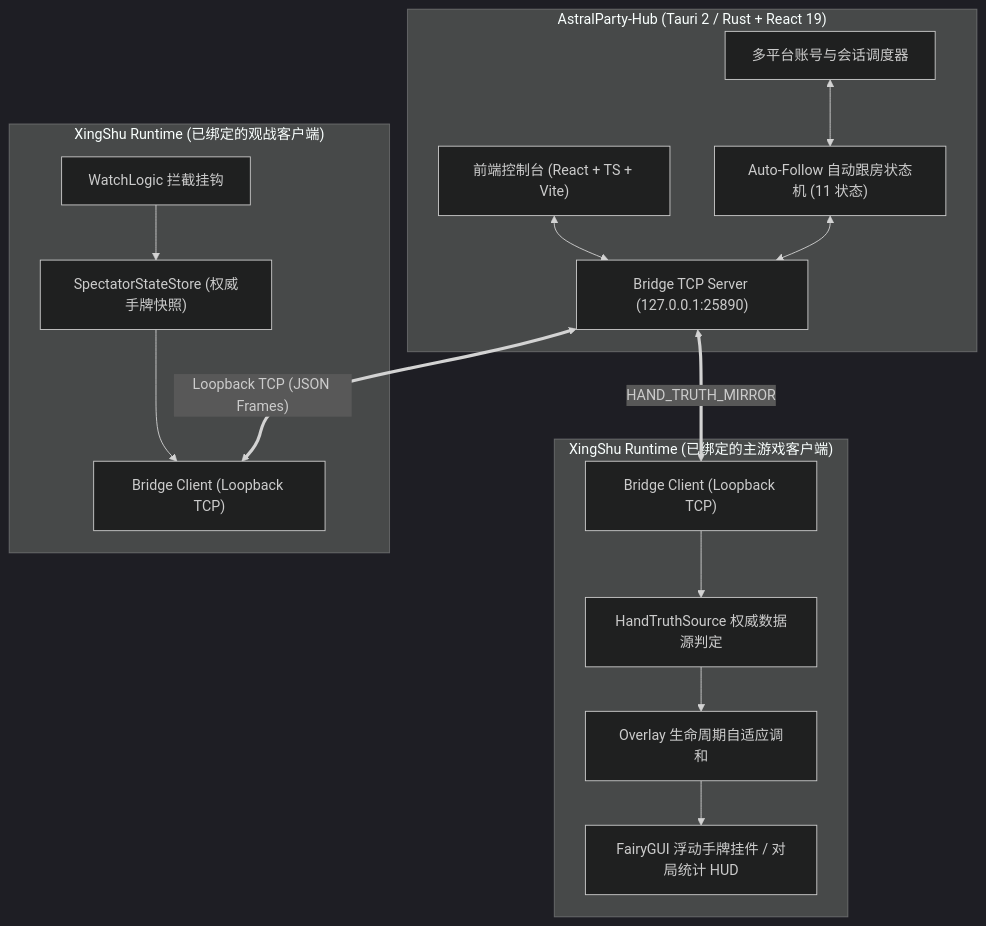
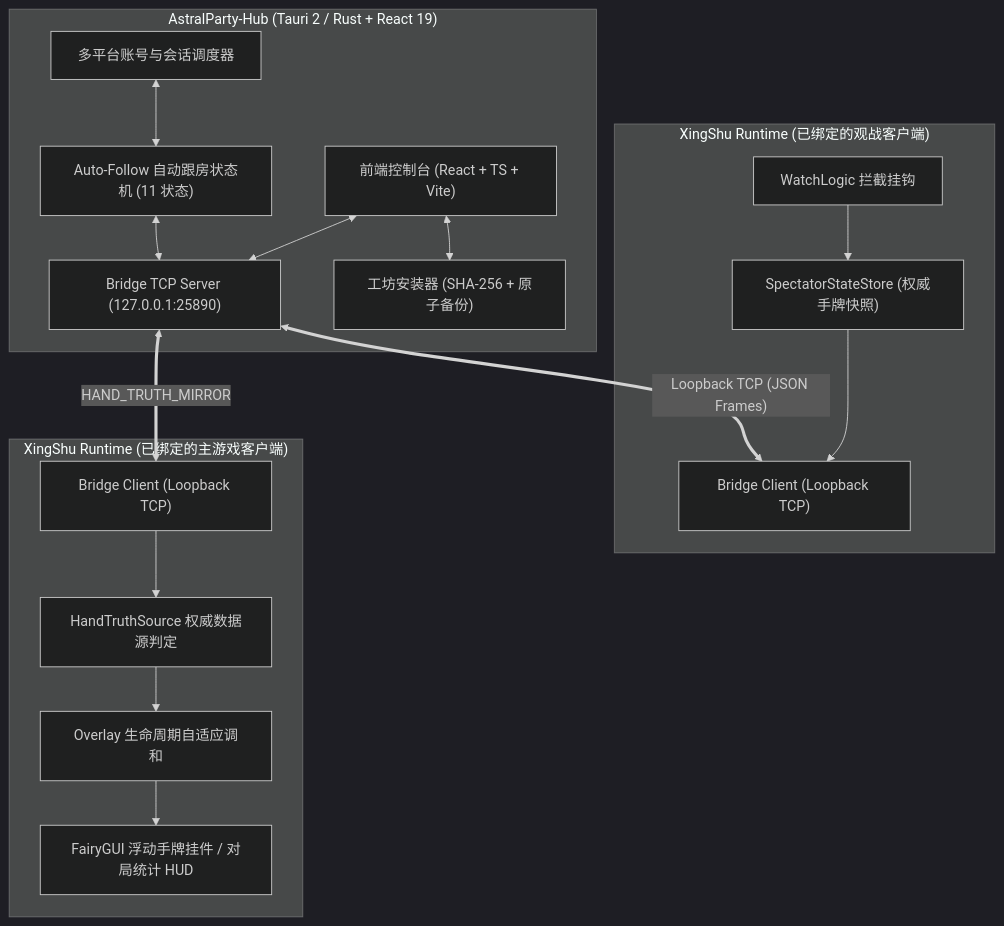
The diagram in README_CN.md (Breezecaresses/Xingshu-hub), drawn with Mermaid (dark theme) before and after one commit. The commit also changed other lines of this file and 111 other files, not shown here.

````diff
--- a/README_CN.md
+++ b/README_CN.md
@@ -70,33 +70,35 @@
 ```mermaid
 flowchart TD
     subgraph Hub["AstralParty-Hub (Tauri 2 / Rust + React 19)"]
         UI["前端控制台 (React + TS + Vite)"]
         FSM["Auto-Follow 自动跟房状态机 (11 状态)"]
         TCPServer["Bridge TCP Server (127.0.0.1:25890)"]
         AccountMgr["多平台账号与会话调度器"]
+        Workshop["工坊安装器 (SHA-256 + 原子备份)"]
         UI <--> TCPServer
+        UI <--> Workshop
         FSM <--> TCPServer
         AccountMgr <--> FSM
     end
 
     subgraph RuntimeSpectator["XingShu Runtime (已绑定的观战客户端)"]
         SpecHook["WatchLogic 拦截挂钩"]
         SpecStore["SpectatorStateStore (权威手牌快照)"]
         SpecBridge["Bridge Client (Loopback TCP)"]
         SpecHook --> SpecStore
         SpecStore --> SpecBridge
     end
 
     subgraph RuntimeMain["XingShu Runtime (已绑定的主游戏客户端)"]
         MainBridge["Bridge Client (Loopback TCP)"]
         TruthSource["HandTruthSource 权威数据源判定"]
         Reconcile["Overlay 生命周期自适应调和"]
         FairyGUI["FairyGUI 浮动手牌挂件 / 对局统计 HUD"]
         MainBridge --> TruthSource
         TruthSource --> Reconcile
         Reconcile --> FairyGUI
     end
 
     TCPServer <== "Loopback TCP (JSON Frames)" ==> SpecBridge
     TCPServer <== "HAND_TRUTH_MIRROR" ==> MainBridge
 ```
````
